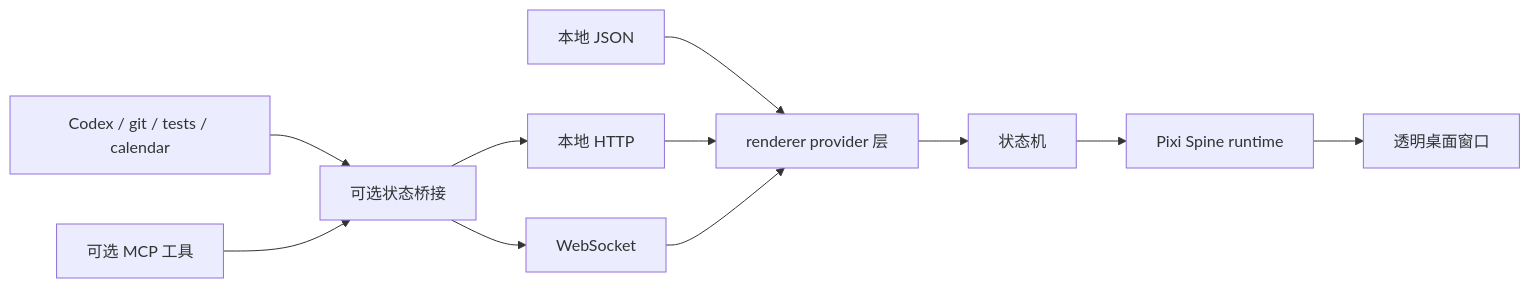
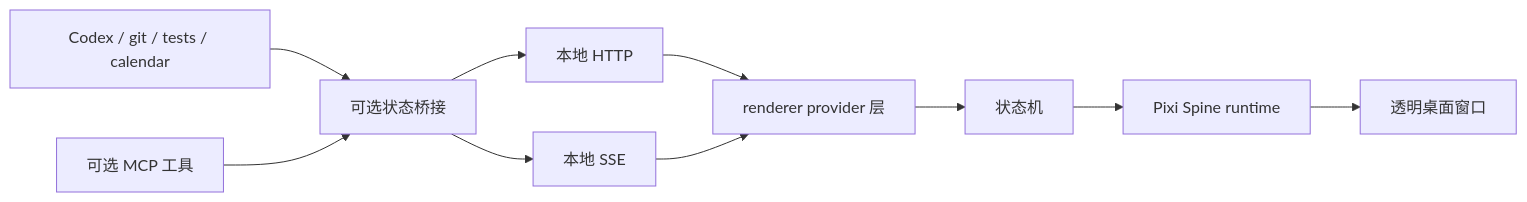
Before and after one commit to cb8010d6/spine-companion: the diagram in docs/architecture/overview.zh-CN.md, drawn with Mermaid. The commit also changed other lines of this file and 32 other files, not shown here.

````diff
--- a/docs/architecture/overview.zh-CN.md
+++ b/docs/architecture/overview.zh-CN.md
@@ -5,13 +5,12 @@
 ```mermaid
 flowchart LR
   Codex["Codex / git / tests / calendar"] --> Bridge["可选状态桥接"]
   MCP["可选 MCP 工具"] --> Bridge
-  Json["本地 JSON"] --> Providers
   Http["本地 HTTP"] --> Providers
-  Ws["WebSocket"] --> Providers
+  Sse["本地 SSE"] --> Providers
   Bridge --> Http
-  Bridge --> Ws
+  Bridge --> Sse
   Providers["renderer provider 层"] --> State["状态机"]
   State --> Spine["Pixi Spine runtime"]
   Spine --> Window["透明桌面窗口"]
 ```
````
